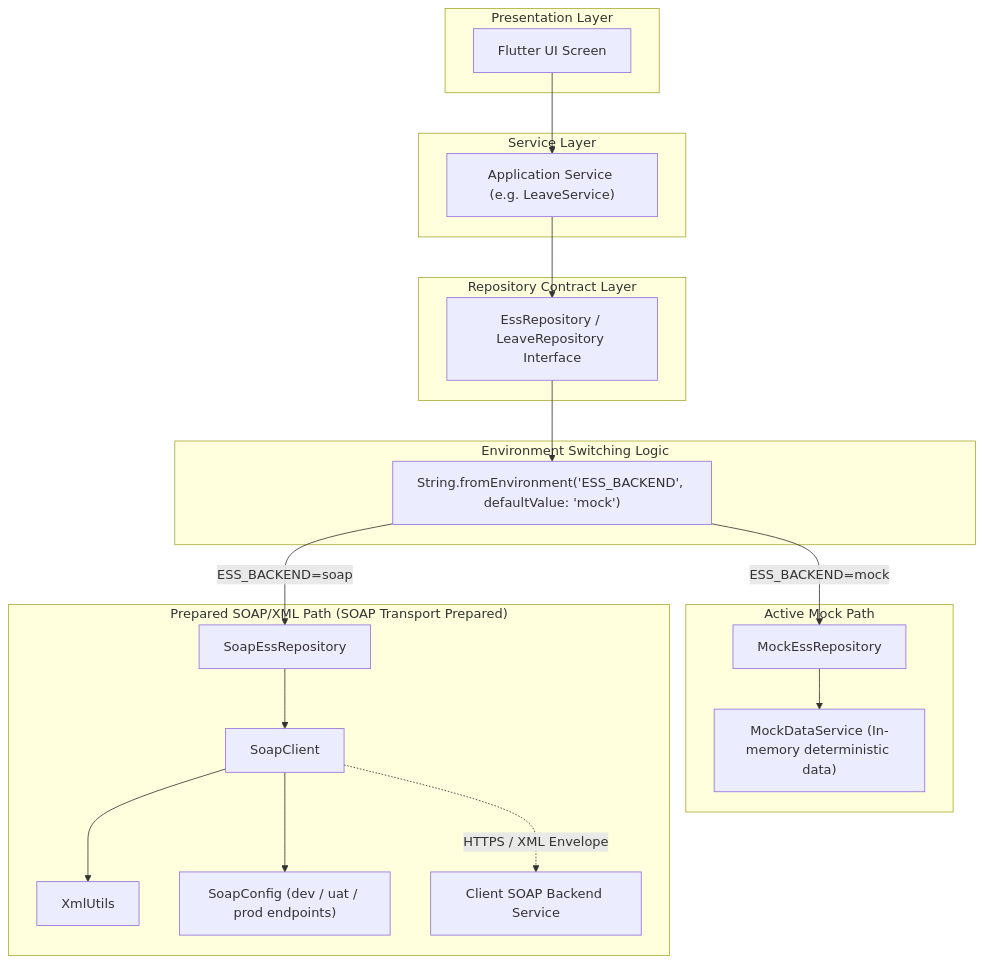
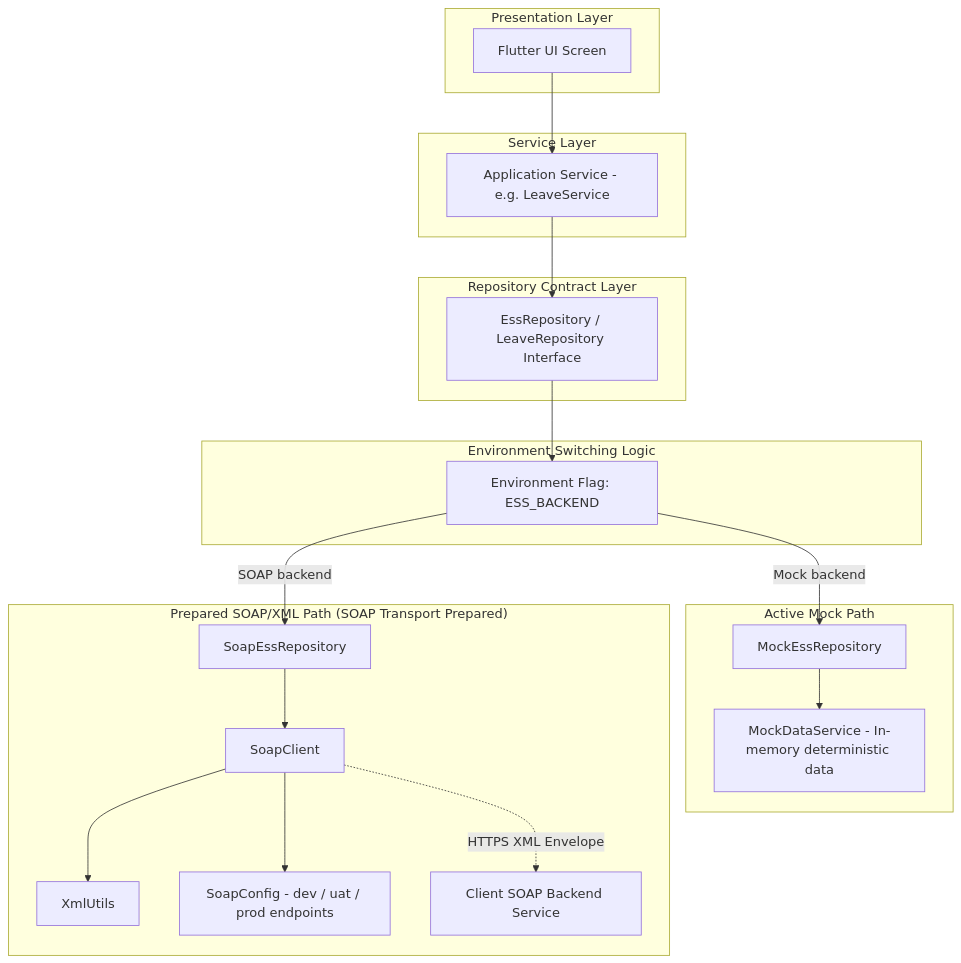
One commit to Aravindan-001/icore-ess changed the eighth of 15 diagrams in ARCHITECTURE.md. Above: the diagram before and after it, drawn with Mermaid. The commit also changed other lines of this file, not shown here.

Commit message:
docs: fix Mermaid architecture rendering

````diff
--- a/ARCHITECTURE.md
+++ b/ARCHITECTURE.md
@@ -455,44 +455,44 @@
 ```mermaid
 flowchart TD
     subgraph UI_Layer ["Presentation Layer"]
         SCREEN["Flutter UI Screen"]
     end
 
     subgraph Service_Layer ["Service Layer"]
-        SVC["Application Service (e.g. LeaveService)"]
+        SVC["Application Service - e.g. LeaveService"]
     end
 
     subgraph Repo_Contract ["Repository Contract Layer"]
         REPO_INT["EssRepository / LeaveRepository Interface"]
     end
 
     subgraph Env_Switch ["Environment Switching Logic"]
-        ENV_DEF["String.fromEnvironment('ESS_BACKEND', defaultValue: 'mock')"]
+        ENV_DEF["Environment Flag: ESS_BACKEND"]
     end
 
     subgraph Mock_Path ["Active Mock Path"]
         MOCK_REPO["MockEssRepository"]
-        MOCK_DATA["MockDataService (In-memory deterministic data)"]
+        MOCK_DATA["MockDataService - In-memory deterministic data"]
     end
 
     subgraph SOAP_Path ["Prepared SOAP/XML Path (SOAP Transport Prepared)"]
         SOAP_REPO["SoapEssRepository"]
         SOAP_CLIENT["SoapClient"]
         XML_UTILS["XmlUtils"]
-        SOAP_CFG["SoapConfig (dev / uat / prod endpoints)"]
+        SOAP_CFG["SoapConfig - dev / uat / prod endpoints"]
         CLIENT_SOAP["Client SOAP Backend Service"]
     end
 
     SCREEN --> SVC
     SVC --> REPO_INT
     REPO_INT --> ENV_DEF
 
-    ENV_DEF -->|ESS_BACKEND=mock| MOCK_REPO
+    ENV_DEF -->|Mock backend| MOCK_REPO
     MOCK_REPO --> MOCK_DATA
 
-    ENV_DEF -->|ESS_BACKEND=soap| SOAP_REPO
+    ENV_DEF -->|SOAP backend| SOAP_REPO
     SOAP_REPO --> SOAP_CLIENT
     SOAP_CLIENT --> XML_UTILS
     SOAP_CLIENT --> SOAP_CFG
-    SOAP_CLIENT -.->|HTTPS / XML Envelope| CLIENT_SOAP
+    SOAP_CLIENT -.->|HTTPS XML Envelope| CLIENT_SOAP
 ```
````
